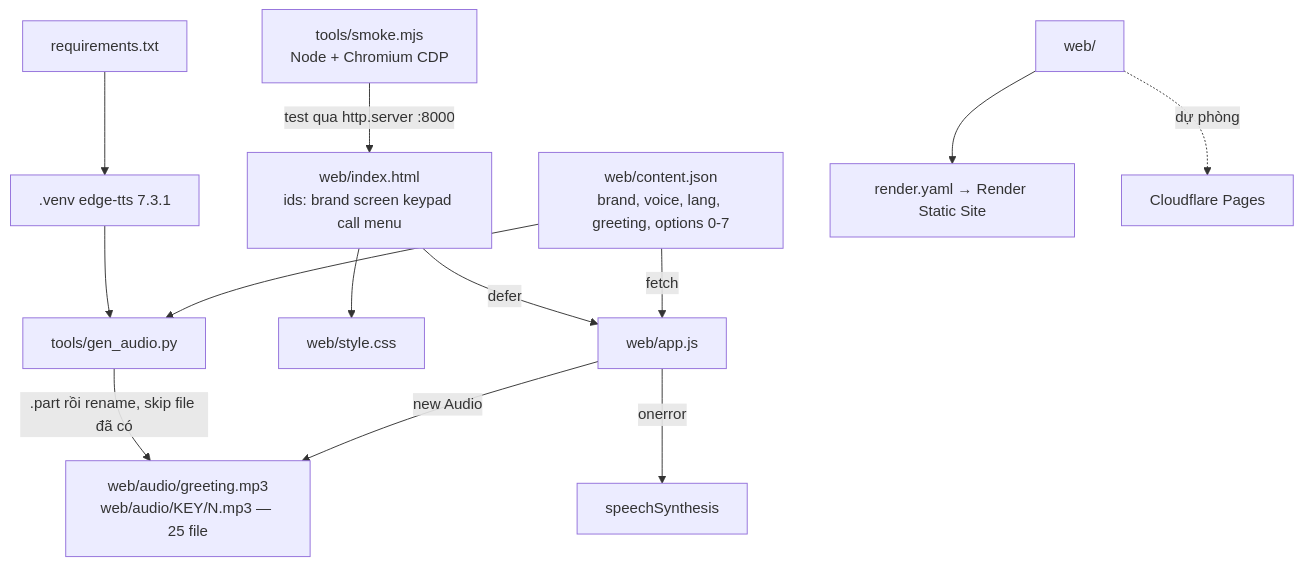
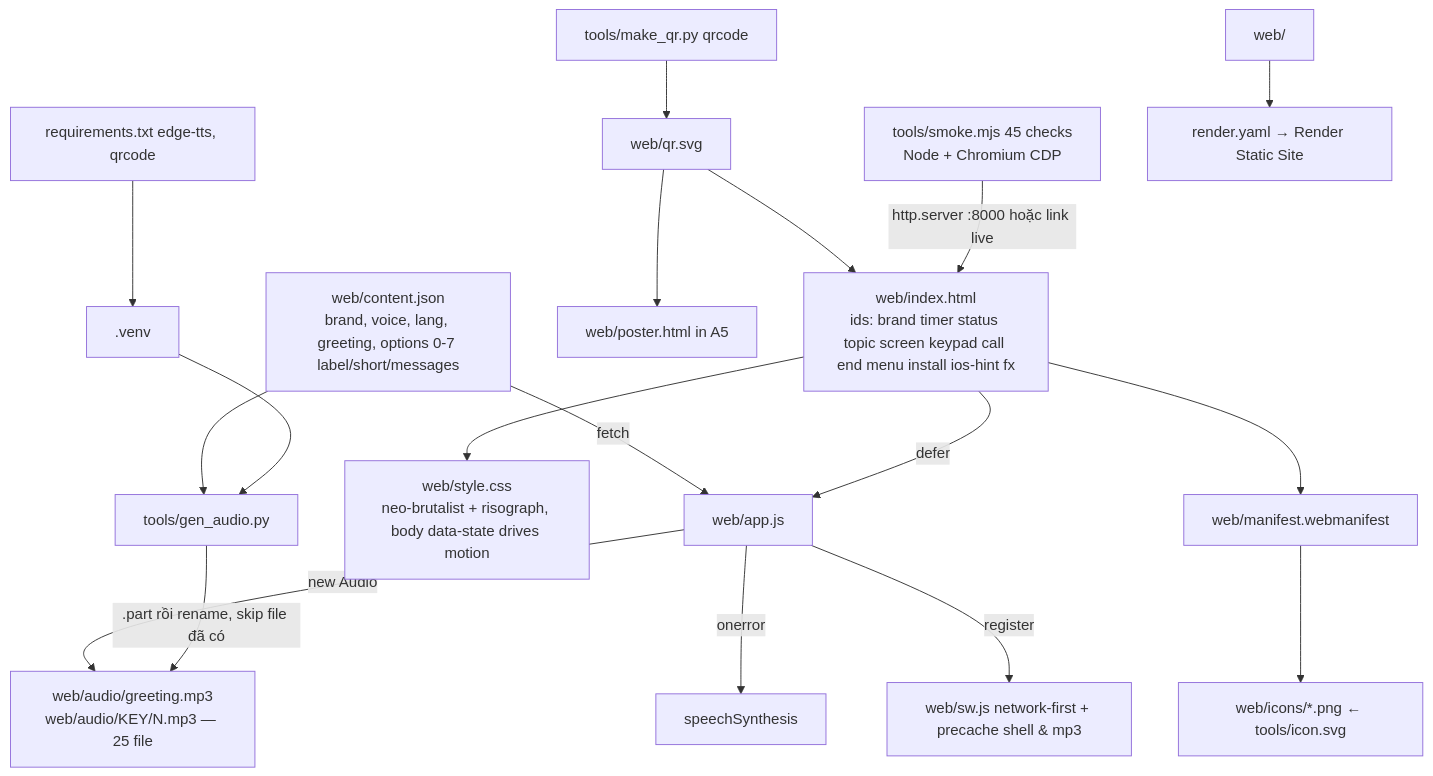
Before and after one commit to Rod-HD/duong-day-vui-ve: the diagram in .kiro/steering/codebase-graph.md, drawn with Mermaid. The commit also changed other lines of this file and 19 other files, not shown here.

Commit message:
UI refresh: hand-made neo-brutalist/risograph look in blue, call states and motion, PWA, QR poster

````diff
--- a/.kiro/steering/codebase-graph.md
+++ b/.kiro/steering/codebase-graph.md
@@ -12,14 +12,16 @@
 ```mermaid
 graph TD
-    C[web/content.json<br/>brand, voice, lang, greeting, options 0-7] -->|fetch| A[web/app.js]
-    H[web/index.html<br/>ids: brand screen keypad call menu] -->|defer| A
-    H --> S[web/style.css]
+    C[web/content.json<br/>brand, voice, lang, greeting, options 0-7 label/short/messages] -->|fetch| A[web/app.js]
+    H[web/index.html<br/>ids: brand timer status topic screen keypad call end menu install ios-hint fx] -->|defer| A
+    H --> S[web/style.css<br/>neo-brutalist + risograph, body data-state drives motion]
     A -->|new Audio| M[web/audio/greeting.mp3<br/>web/audio/KEY/N.mp3 — 25 file]
     A -->|onerror| T[speechSynthesis]
-    C --> G[tools/gen_audio.py]
-    REQ[requirements.txt] --> VENV[.venv edge-tts 7.3.1] --> G
-    G -->|.part rồi rename, skip file đã có| M
-    SM[tools/smoke.mjs<br/>Node + Chromium CDP] -->|test qua http.server :8000| H
+    A -->|register| SW[web/sw.js network-first + precache shell & mp3]
+    H --> MF[web/manifest.webmanifest] --> IC[web/icons/*.png ← tools/icon.svg]
+    QRpy[tools/make_qr.py qrcode] --> QR[web/qr.svg] --> H
+    QR --> PO[web/poster.html in A5]
+    C --> G[tools/gen_audio.py] -->|.part rồi rename, skip file đã có| M
+    REQ[requirements.txt edge-tts, qrcode] --> VENV[.venv] --> G
+    SM[tools/smoke.mjs 45 checks<br/>Node + Chromium CDP] -->|http.server :8000 hoặc link live| H
     W[web/] --> R[render.yaml → Render Static Site]
-    W -.dự phòng.-> CF[Cloudflare Pages]
 ```
````
